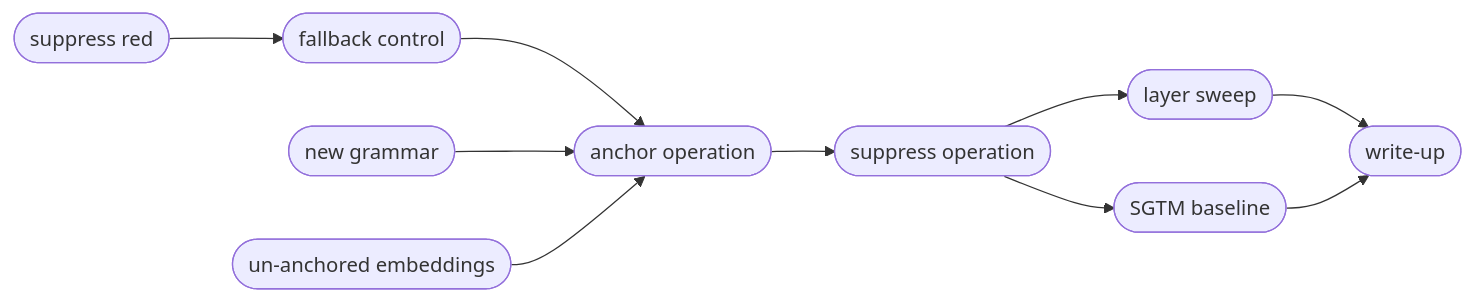
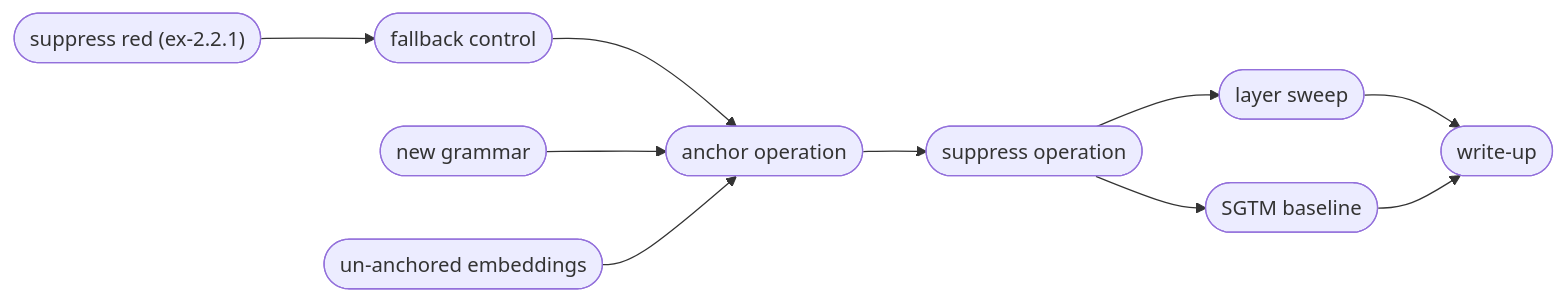
One commit to z0u/sca2 changed the diagram in docs/m2/d2.2/design.md. Above: the diagram before and after it, drawn with Mermaid. The commit also changed other lines of this file and 8 other files, not shown here.

First line of the commit message:
Ex-2.2.1 prereg: suppress red on the D2.1 checkpoints, and the eval contract

````diff
--- a/docs/m2/d2.2/design.md
+++ b/docs/m2/d2.2/design.md
@@ -19,15 +19,15 @@
 ```mermaid
 flowchart LR
-a11(["suppress red"])
+a11(["suppress red (ex-2.2.1)"])
 a12(["fallback control"])
 a2(["new grammar"])
 a3(["un-anchored embeddings"])
 c(["anchor operation"])
 d(["suppress operation"])
 e(["layer sweep"])
 f(["SGTM baseline"])
 g(["write-up"])
 
 a11 --> a12
 a12 & a2 & a3 --> c --> d --> e & f --> g
 ```
````
